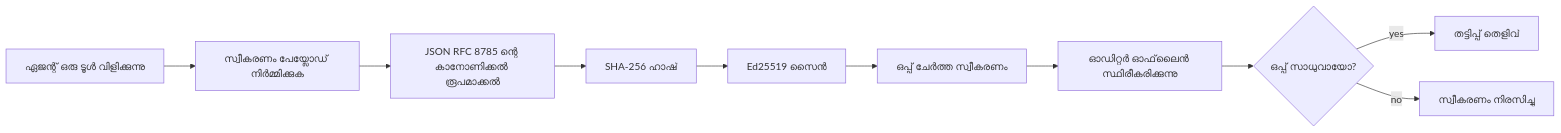
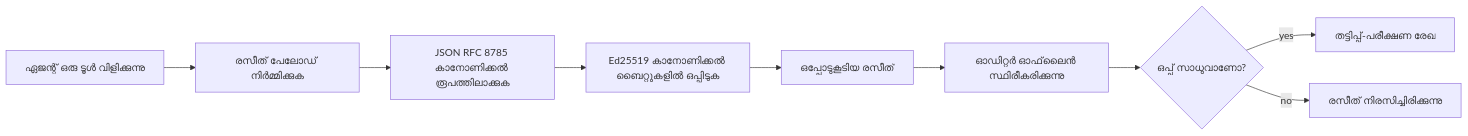
Before and after one commit to microsoft/ai-agents-for-beginners: the first of 2 diagrams in translations/ml/18-securing-ai-agents/README.md, drawn with Mermaid. The commit also changed other lines of this file and 43 other files, not shown here.

````diff
--- a/translations/ml/18-securing-ai-agents/README.md
+++ b/translations/ml/18-securing-ai-agents/README.md
@@ -51,12 +51,11 @@
 ```mermaid
 flowchart LR
-    A[ഏജന്റ് ഒരു ടൂൾ വിളിക്കുന്നു] --> B[സ്വീകരണം പേയ്ലോഡ് നിർമ്മിക്കുക]
-    B --> C[JSON RFC 8785 ന്റെ കാനോണിക്കൽ രൂപമാക്കൽ]
-    C --> D[SHA-256 ഹാഷ്]
-    D --> E[Ed25519 സൈൻ]
-    E --> F[ഒപ്പ് ചേർത്ത സ്വീകരണം]
+    A[ഏജന്റ് ഒരു ടൂൾ വിളിക്കുന്നു] --> B[രസീത് പേലോഡ് നിർമ്മിക്കുക]
+    B --> C[JSON RFC 8785 കാനോണിക്കൽ രൂപത്തിലാക്കുക]
+    C --> E[Ed25519 കാനോണിക്കൽ ബൈറ്റുകളിൽ ഒപ്പിടുക]
+    E --> F[ഒപ്പോടുകൂടിയ രസീത്]
     F --> G[ഓഡിറ്റർ ഓഫ്‌ലൈൻ സ്ഥിരീകരിക്കുന്നു]
-    G --> H{ഒപ്പ് സാധുവായോ?}
-    H -- yes --> I[തട്ടിപ്പ് തെളിവ്]
-    H -- no --> J[സ്വീകരണം നിരസിച്ചു]
+    G --> H{ഒപ്പ് സാധുവാണോ?}
+    H -- yes --> I[തട്ടിപ്പ്-പരീക്ഷണ രേഖ]
+    H -- no --> J[രസീത് നിരസിച്ചിരിക്കുന്നു]
 ```
````
